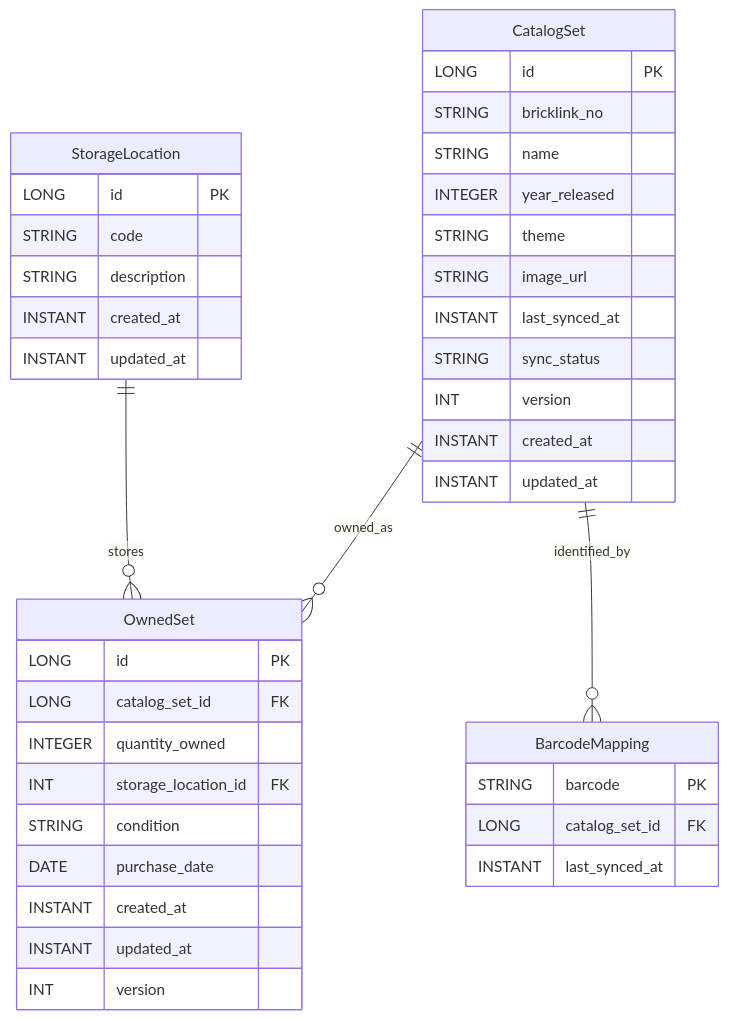
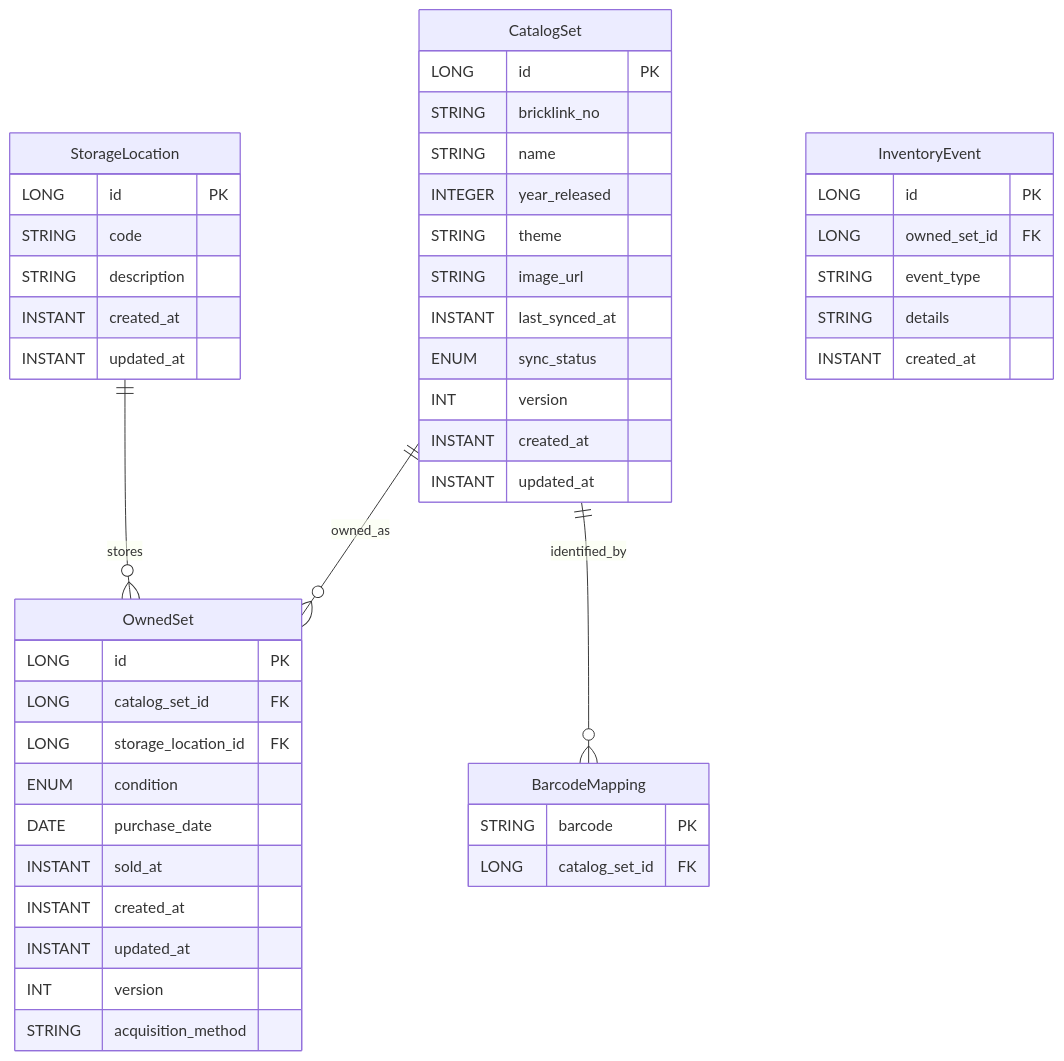
Before and after one commit to BriarCarlile/All_Things_Lego: the diagram in applications/inventory/docs/set_inventory/inventory-domain-er.mmd, drawn with Mermaid. The commit also changed 2 other files, not shown here.

Commit message:
Tweak inventory db schema ER diagram, user stories & add ADR doc | Pending object rebaselining for new schema

```diff
--- a/applications/inventory/docs/set_inventory/inventory-domain-er.mmd
+++ b/applications/inventory/docs/set_inventory/inventory-domain-er.mmd
@@ -1,45 +1,53 @@
 erDiagram
 
     CatalogSet ||--o{ OwnedSet : owned_as
     StorageLocation ||--o{ OwnedSet : stores
     CatalogSet ||--o{ BarcodeMapping : identified_by
 
     CatalogSet {
         LONG id PK
         STRING bricklink_no
         STRING name
         INTEGER year_released
         STRING theme
         STRING image_url
         INSTANT last_synced_at
-        STRING sync_status
+        ENUM sync_status
         INT version
         INSTANT created_at
         INSTANT updated_at
     }
 
     OwnedSet {
         LONG id PK
         LONG catalog_set_id FK
-        INTEGER quantity_owned
-        INT storage_location_id FK
-        STRING condition
+        LONG storage_location_id FK
+        ENUM condition
         DATE purchase_date
+        INSTANT sold_at
         INSTANT created_at
         INSTANT updated_at
         INT version
+        STRING acquisition_method
     }
 
     StorageLocation {
         LONG id PK
         STRING code
         STRING description
         INSTANT created_at
         INSTANT updated_at
     }
 
     BarcodeMapping {
         STRING barcode PK
         LONG catalog_set_id FK
-        INSTANT last_synced_at
     }
+
+    InventoryEvent {
+        LONG id PK
+        LONG owned_set_id FK
+        STRING event_type
+        STRING details
+        INSTANT created_at
+    }
```
